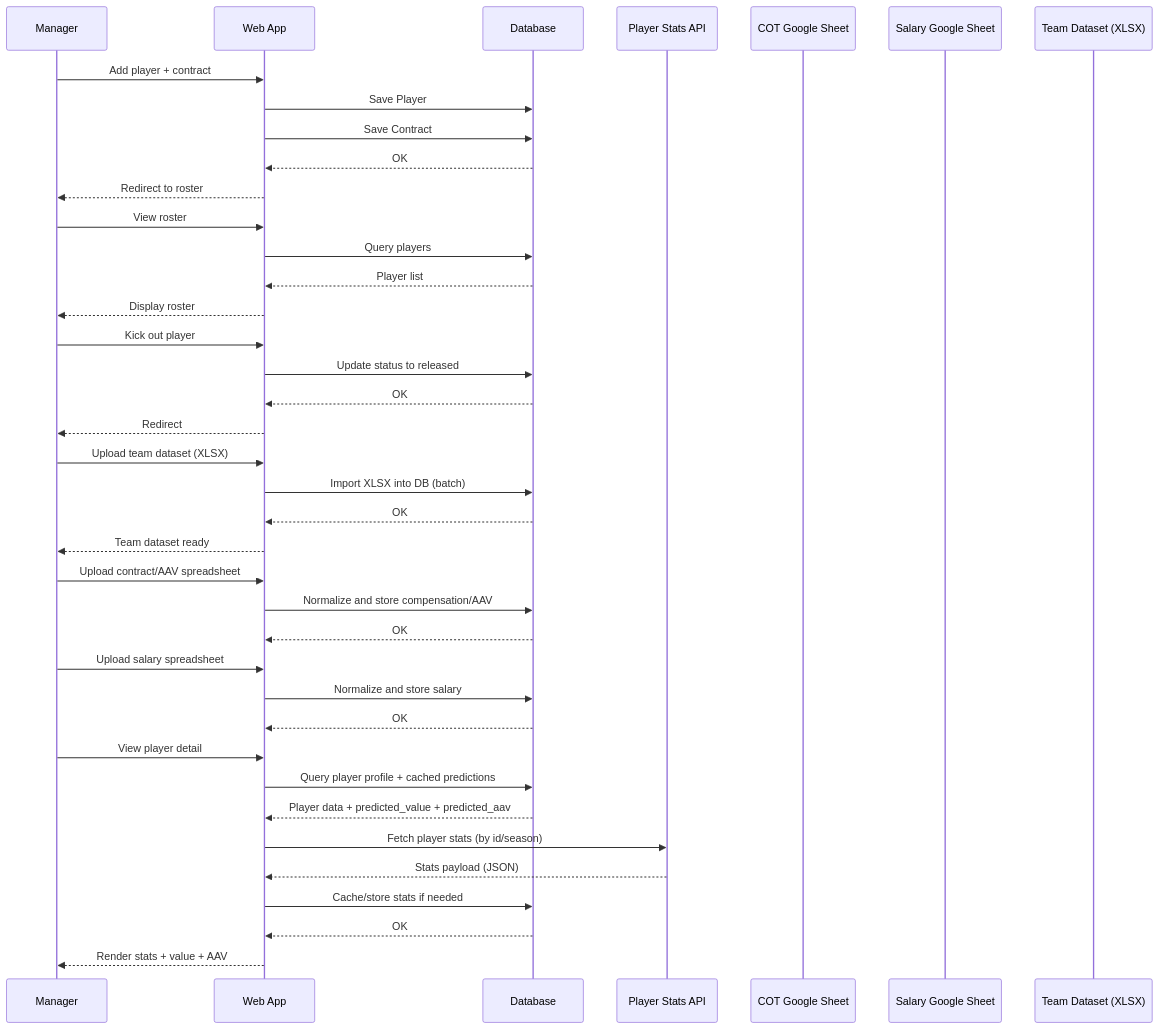
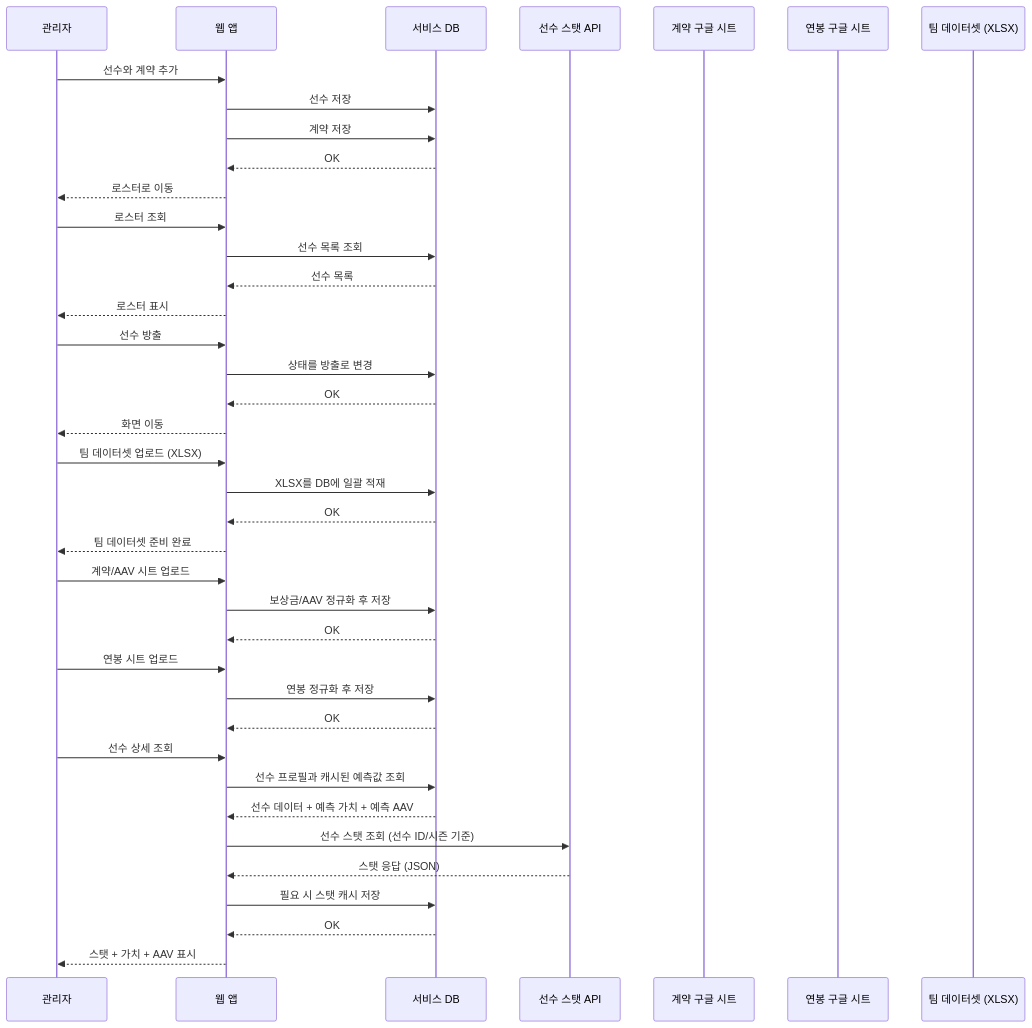
Before and after one commit to yechuk/backend: the fourth of 6 diagrams in ARCHITECTURE_TOBE.md, drawn with Mermaid. The commit also changed other lines of this file and 1 other file, not shown here.

````diff
--- a/ARCHITECTURE_TOBE.md
+++ b/ARCHITECTURE_TOBE.md
@@ -127,48 +133,48 @@
 ```mermaid
 sequenceDiagram
-    participant M as Manager
-    participant W as Web App
-    participant DB as Database
-    participant API as Player Stats API
-    participant GS1 as COT Google Sheet
-    participant GS2 as Salary Google Sheet
-    participant XLSX as Team Dataset (XLSX)
+    participant M as 관리자
+    participant W as 웹 앱
+    participant DB as 서비스 DB
+    participant API as 선수 스탯 API
+    participant GS1 as 계약 구글 시트
+    participant GS2 as 연봉 구글 시트
+    participant XLSX as 팀 데이터셋 (XLSX)
     
-    M->>W: Add player + contract
-    W->>DB: Save Player
-    W->>DB: Save Contract
+    M->>W: 선수와 계약 추가
+    W->>DB: 선수 저장
+    W->>DB: 계약 저장
     DB-->>W: OK
-    W-->>M: Redirect to roster
+    W-->>M: 로스터로 이동
     
-    M->>W: View roster
-    W->>DB: Query players
-    DB-->>W: Player list
-    W-->>M: Display roster
+    M->>W: 로스터 조회
+    W->>DB: 선수 목록 조회
+    DB-->>W: 선수 목록
+    W-->>M: 로스터 표시
     
-    M->>W: Kick out player
-    W->>DB: Update status to released
+    M->>W: 선수 방출
+    W->>DB: 상태를 방출로 변경
     DB-->>W: OK
-    W-->>M: Redirect
+    W-->>M: 화면 이동
 
-    M->>W: Upload team dataset (XLSX)
-    W->>DB: Import XLSX into DB (batch)
+    M->>W: 팀 데이터셋 업로드 (XLSX)
+    W->>DB: XLSX를 DB에 일괄 적재
     DB-->>W: OK
-    W-->>M: Team dataset ready
+    W-->>M: 팀 데이터셋 준비 완료
 
-    M->>W: Upload contract/AAV spreadsheet
-    W->>DB: Normalize and store compensation/AAV
+    M->>W: 계약/AAV 시트 업로드
+    W->>DB: 보상금/AAV 정규화 후 저장
     DB-->>W: OK
 
-    M->>W: Upload salary spreadsheet
-    W->>DB: Normalize and store salary
+    M->>W: 연봉 시트 업로드
+    W->>DB: 연봉 정규화 후 저장
     DB-->>W: OK
 
-    M->>W: View player detail
-    W->>DB: Query player profile + cached predictions
-    DB-->>W: Player data + predicted_value + predicted_aav
-    W->>API: Fetch player stats (by id/season)
-    API-->>W: Stats payload (JSON)
-    W->>DB: Cache/store stats if needed
+    M->>W: 선수 상세 조회
+    W->>DB: 선수 프로필과 캐시된 예측값 조회
+    DB-->>W: 선수 데이터 + 예측 가치 + 예측 AAV
+    W->>API: 선수 스탯 조회 (선수 ID/시즌 기준)
+    API-->>W: 스탯 응답 (JSON)
+    W->>DB: 필요 시 스탯 캐시 저장
     DB-->>W: OK
-    W-->>M: Render stats + value + AAV
+    W-->>M: 스탯 + 가치 + AAV 표시
 ```
````
